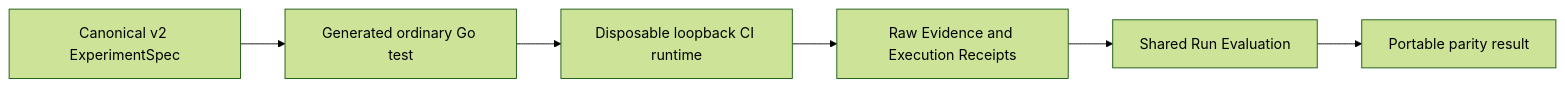
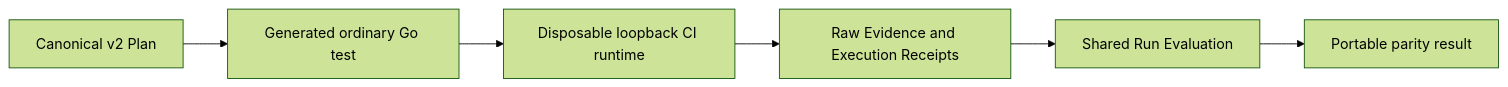
The diagram in .flow/specs/fn-27-hermetic-ci-execution-and-qualification.md (stephanos/temporal), drawn with Mermaid (forest theme) before and after one commit. The commit also changed other lines of this file and 43 other files, not shown here.

First line of the commit message:
chore(umpire): retire the Planning and ExperimentSpec vocabulary in the gate

````diff
--- a/.flow/specs/fn-27-hermetic-ci-execution-and-qualification.md
+++ b/.flow/specs/fn-27-hermetic-ci-execution-and-qualification.md
@@ -13,8 +13,8 @@
 ```mermaid
 flowchart LR
-  A[Canonical v2 ExperimentSpec] --> B[Generated ordinary Go test]
+  A[Canonical v2 Plan] --> B[Generated ordinary Go test]
   B --> C[Disposable loopback CI runtime]
   C --> D[Raw Evidence and Execution Receipts]
   D --> E[Shared Run Evaluation]
   E --> F[Portable parity result]
 ```
````
